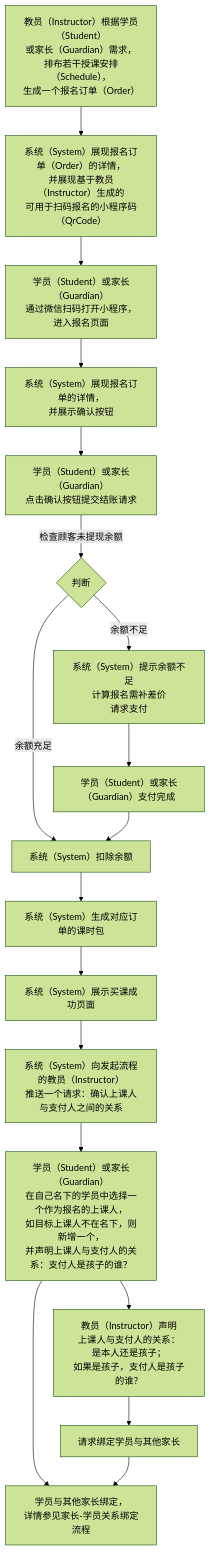
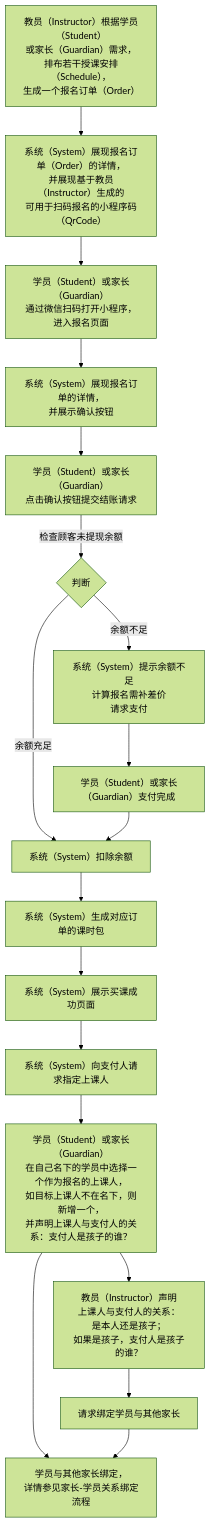
Before and after one commit to world-wide-web/sign: the diagram in 用例/报名.md, drawn with Mermaid (forest theme). The commit also changed other lines of this file, not shown here.

````diff
--- a/用例/报名.md
+++ b/用例/报名.md
@@ -7,53 +7,53 @@
 ```mermaid
 graph TD
 
 生成报名订单-->生成报名码
 生成报名码-->扫码报名
 扫码报名-->展现报名订单
 展现报名订单-->确认并提交结账请求
 确认并提交结账请求--检查顾客未提现余额-->检查顾客未提现余额
 检查顾客未提现余额--余额充足-->扣除余额
 检查顾客未提现余额--余额不足-->请求支付
 请求支付-->支付完成
 支付完成-->扣除余额
 扣除余额-->生成课时包
 生成课时包-->提示买课成功
 提示买课成功-->请求身份声明
 请求身份声明-->指定上课人
 指定上课人-->教员代理身份声明
 教员代理身份声明-->请求绑定学员与其他家长
 指定上课人-->学员与其他家长绑定
 请求绑定学员与其他家长-->学员与其他家长绑定
 
 生成报名订单["<center>教员（Instructor）根据学员（Student）<br>或家长（Guardian）需求，<br>排布若干授课安排（Schedule），<br>生成一个报名订单（Order）</center>"]
 
 生成报名码["<center>系统（System）展现报名订单（Order）的详情，<br>并展现基于教员（Instructor）生成的<br>可用于扫码报名的小程序码（QrCode）</center>"]
 
 扫码报名["<center>学员（Student）或家长（Guardian）<br>通过微信扫码打开小程序，进入报名页面</center>"]
 
 展现报名订单["<center>系统（System）展现报名订单的详情，<br>并展示确认按钮</center>"]
 
 确认并提交结账请求["<center>学员（Student）或家长（Guardian）<br>点击确认按钮提交结账请求</center>"]
 
 检查顾客未提现余额{判断}
 
 请求支付["<center>系统（System）提示余额不足<br>计算报名需补差价<br>请求支付</center>"]
 
 支付完成["<center>学员（Student）或家长（Guardian）支付完成</center>"]
 
 扣除余额["<center>系统（System）扣除余额</center>"]
 
 生成课时包["<center>系统（System）生成对应订单的课时包</center>"]
 
 提示买课成功["<center>系统（System）展示买课成功页面</center>"]
 
-请求身份声明["<center>系统（System）向发起流程的教员（Instructor）<br>推送一个请求：确认上课人与支付人之间的关系</center>"]
+请求身份声明["<center>系统（System）向支付人请求指定上课人</center>"]
 
 指定上课人["<center>学员（Student）或家长（Guardian）<br>在自己名下的学员中选择一个作为报名的上课人，<br>如目标上课人不在名下，则新增一个，<br>并声明上课人与支付人的关系：支付人是孩子的谁？</center>"]
 
 教员代理身份声明["<center>教员（Instructor）声明<br>上课人与支付人的关系：<br>是本人还是孩子；<br>如果是孩子，支付人是孩子的谁？</center>"]
 
 请求绑定学员与其他家长
 
 学员与其他家长绑定["<center>学员与其他家长绑定，<br>详情参见家长-学员关系绑定流程</center>"]
 ```
````
